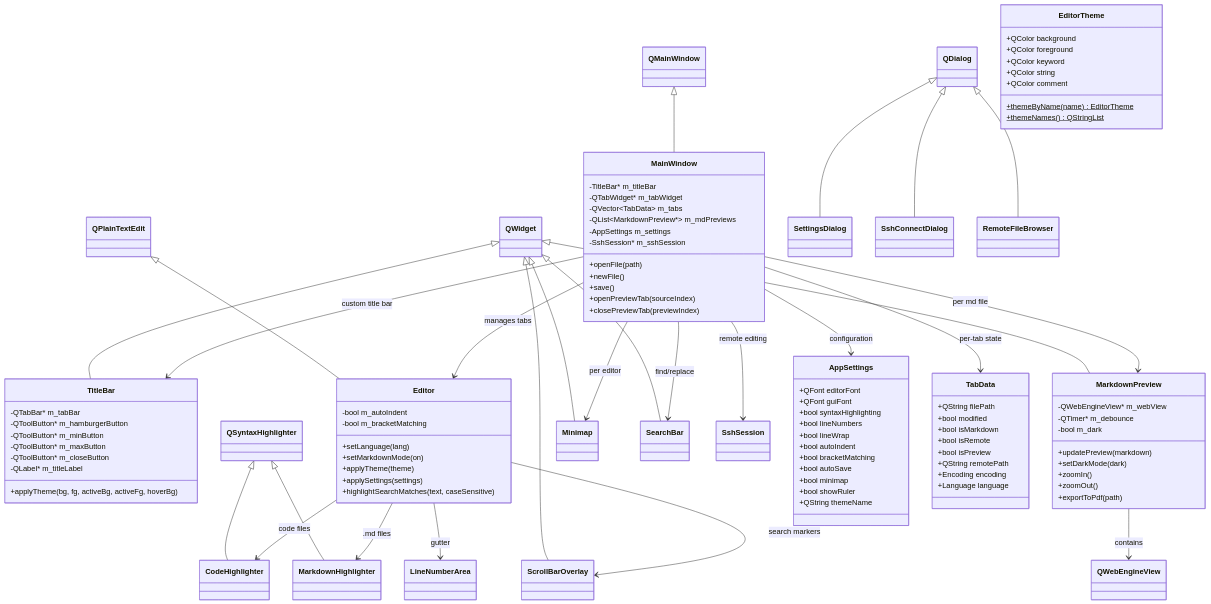
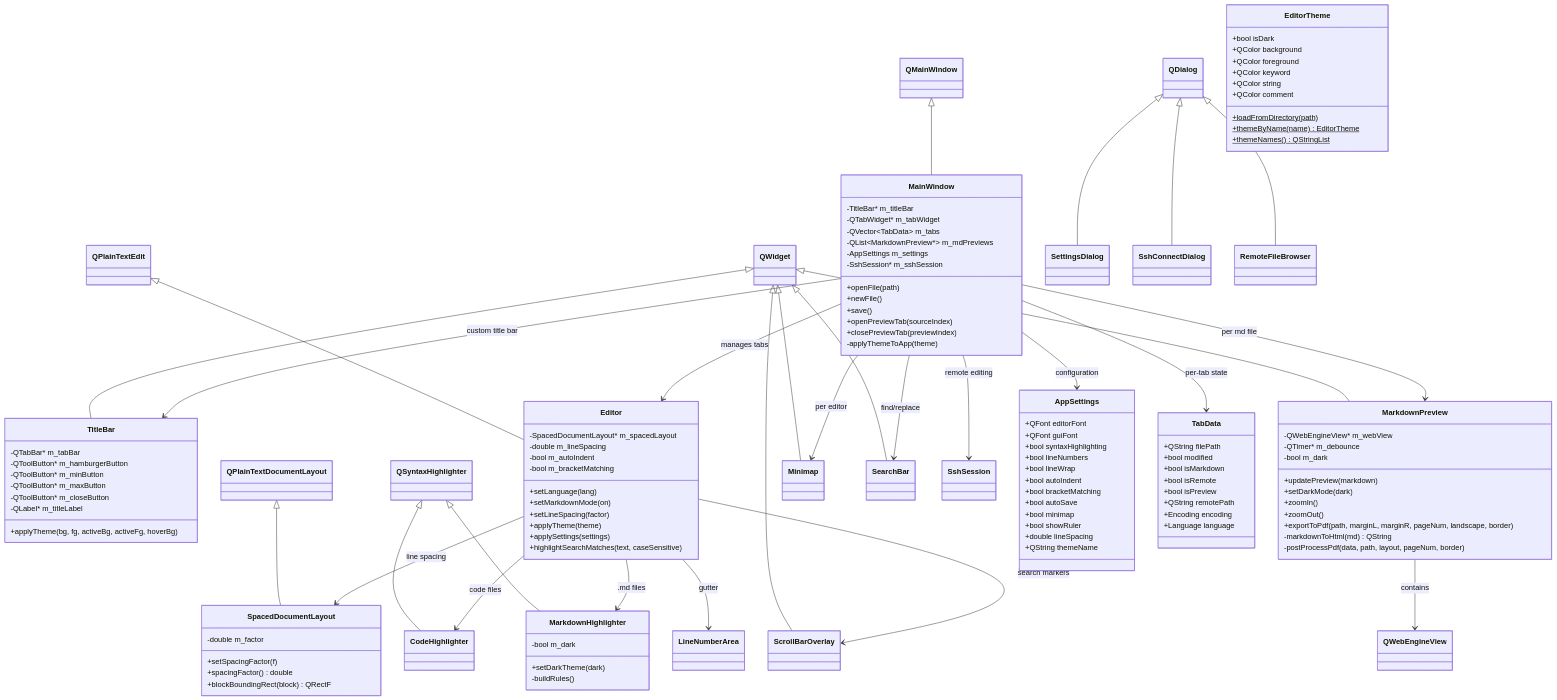
Before and after one commit to dkrse/text-ed: the second of 11 diagrams in docs/diagrams.md, drawn with Mermaid. The commit also changed other lines of this file and 23 other files, not shown here.

```diff
--- a/docs/diagrams.md
+++ b/docs/diagrams.md
@@ -82,6 +86,7 @@
     QMainWindow <|-- MainWindow
     QWidget <|-- TitleBar
     QPlainTextEdit <|-- Editor
+    QPlainTextDocumentLayout <|-- SpacedDocumentLayout
     QWidget <|-- MarkdownPreview
     QSyntaxHighlighter <|-- CodeHighlighter
     QSyntaxHighlighter <|-- MarkdownHighlighter
@@ -101,12 +106,20 @@
     MainWindow --> AppSettings : configuration
     MainWindow --> TabData : per-tab state
 
+    Editor --> SpacedDocumentLayout : line spacing
     Editor --> CodeHighlighter : code files
     Editor --> MarkdownHighlighter : .md files
     Editor --> LineNumberArea : gutter
     Editor --> ScrollBarOverlay : search markers
 
     MarkdownPreview --> QWebEngineView : contains
+
+    class SpacedDocumentLayout {
+        -double m_factor
+        +setSpacingFactor(f)
+        +spacingFactor() double
+        +blockBoundingRect(block) QRectF
+    }
 
     class TitleBar {
         -QTabBar* m_tabBar
@@ -130,16 +143,26 @@
         +save()
         +openPreviewTab(sourceIndex)
         +closePreviewTab(previewIndex)
+        -applyThemeToApp(theme)
     }
 
     class Editor {
+        -SpacedDocumentLayout* m_spacedLayout
+        -double m_lineSpacing
         -bool m_autoIndent
         -bool m_bracketMatching
         +setLanguage(lang)
         +setMarkdownMode(on)
+        +setLineSpacing(factor)
         +applyTheme(theme)
         +applySettings(settings)
         +highlightSearchMatches(text, caseSensitive)
+    }
+
+    class MarkdownHighlighter {
+        -bool m_dark
+        +setDarkTheme(dark)
+        -buildRules()
     }
 
     class MarkdownPreview {
@@ -150,7 +173,9 @@
         +setDarkMode(dark)
         +zoomIn()
         +zoomOut()
-        +exportToPdf(path)
+        +exportToPdf(path, marginL, marginR, pageNum, landscape, border)
+        -markdownToHtml(md) QString
+        -postProcessPdf(data, path, layout, pageNum, border)
     }
 
     class TabData {
@@ -175,15 +200,18 @@
         +bool autoSave
         +bool minimap
         +bool showRuler
+        +double lineSpacing
         +QString themeName
     }
 
     class EditorTheme {
+        +bool isDark
         +QColor background
         +QColor foreground
         +QColor keyword
         +QColor string
         +QColor comment
+        +loadFromDirectory(path)$
         +themeByName(name)$ EditorTheme
         +themeNames()$ QStringList
     }
```
